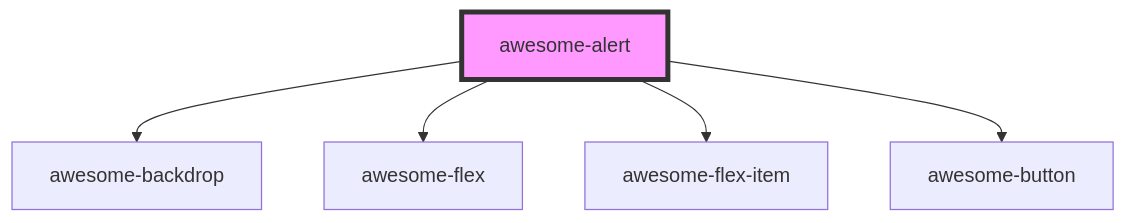
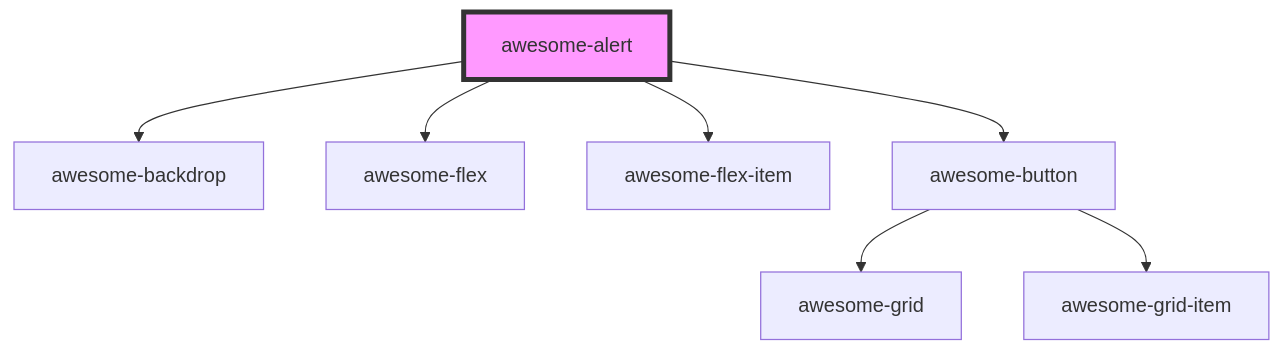
One commit to awesome-elements/ui changed the diagram in src/components/awesome-alert/readme.md. Above: the diagram before and after it, drawn with Mermaid. The commit also changed 4 other files, not shown here.

````diff
--- a/src/components/awesome-alert/readme.md
+++ b/src/components/awesome-alert/readme.md
@@ -52,8 +52,10 @@
 ```mermaid
 graph TD;
   awesome-alert --> awesome-backdrop
   awesome-alert --> awesome-flex
   awesome-alert --> awesome-flex-item
   awesome-alert --> awesome-button
+  awesome-button --> awesome-grid
+  awesome-button --> awesome-grid-item
   style awesome-alert fill:#f9f,stroke:#333,stroke-width:4px
 ```
````
